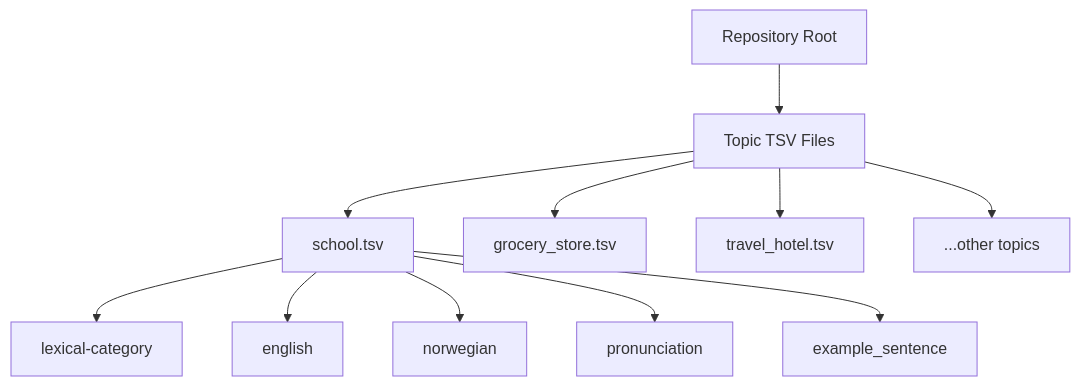
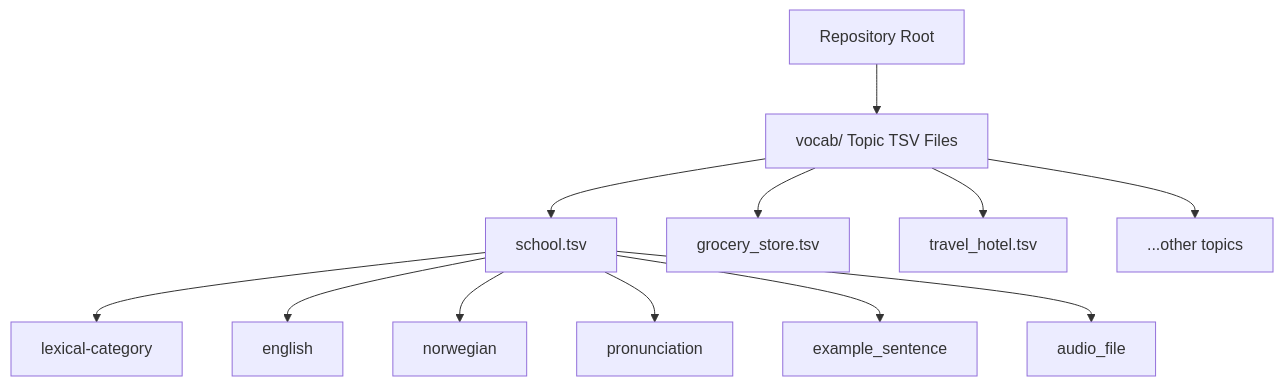
Before and after one commit to danelee2601/norwegian-vocab: the diagram in README.md, drawn with Mermaid. The commit also changed other lines of this file and 15 other files, not shown here.

First line of the commit message:
Normalize audio_file paths in vocab TSVs

````diff
--- a/README.md
+++ b/README.md
@@ -30,13 +40,14 @@
 ```mermaid
 graph TD
-  A[Repository Root] --> B[Topic TSV Files]
+  A[Repository Root] --> B[vocab/ Topic TSV Files]
   B --> C[school.tsv]
   B --> D[grocery_store.tsv]
   B --> E[travel_hotel.tsv]
   B --> F[...other topics]
   C --> G[lexical-category]
   C --> H[english]
   C --> I[norwegian]
   C --> J[pronunciation]
   C --> K[example_sentence]
+  C --> L[audio_file]
 ```
````
